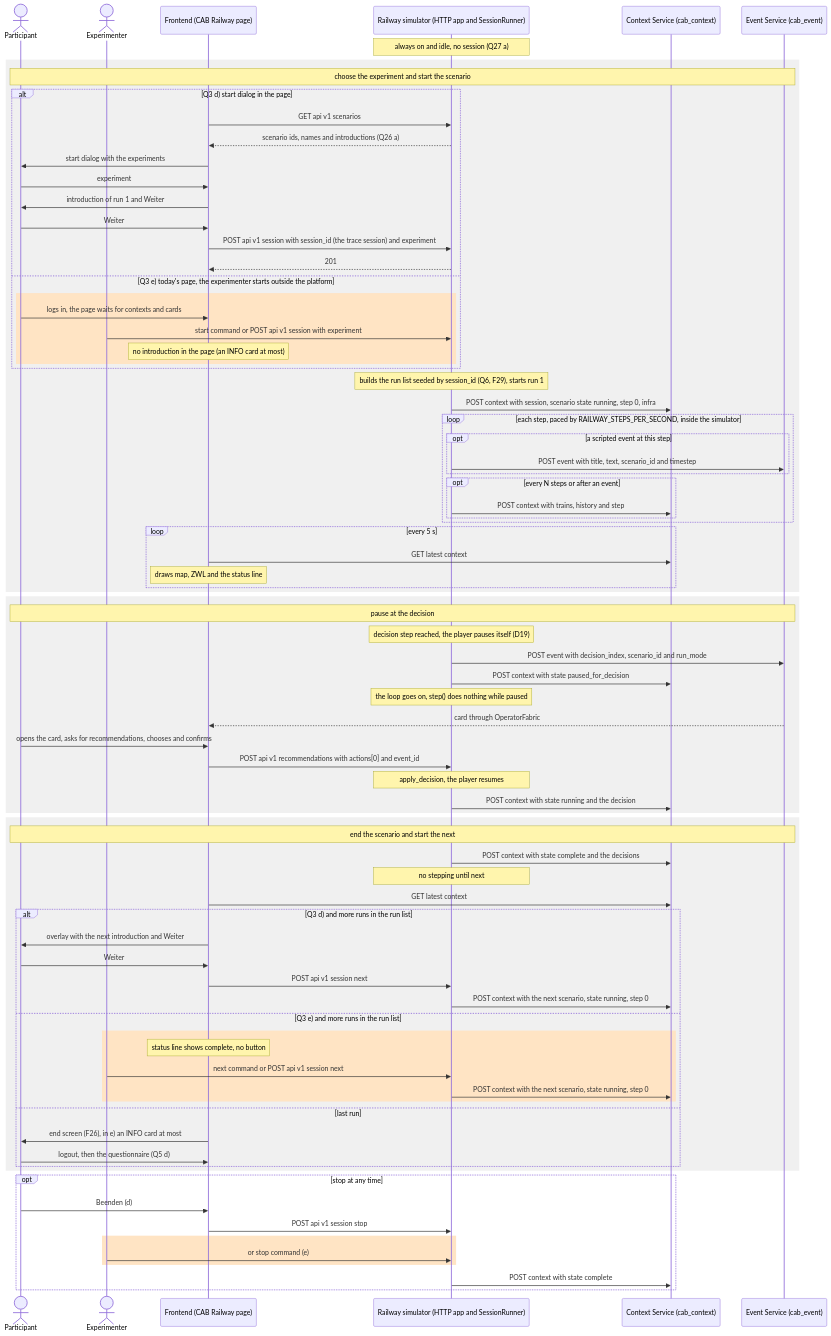
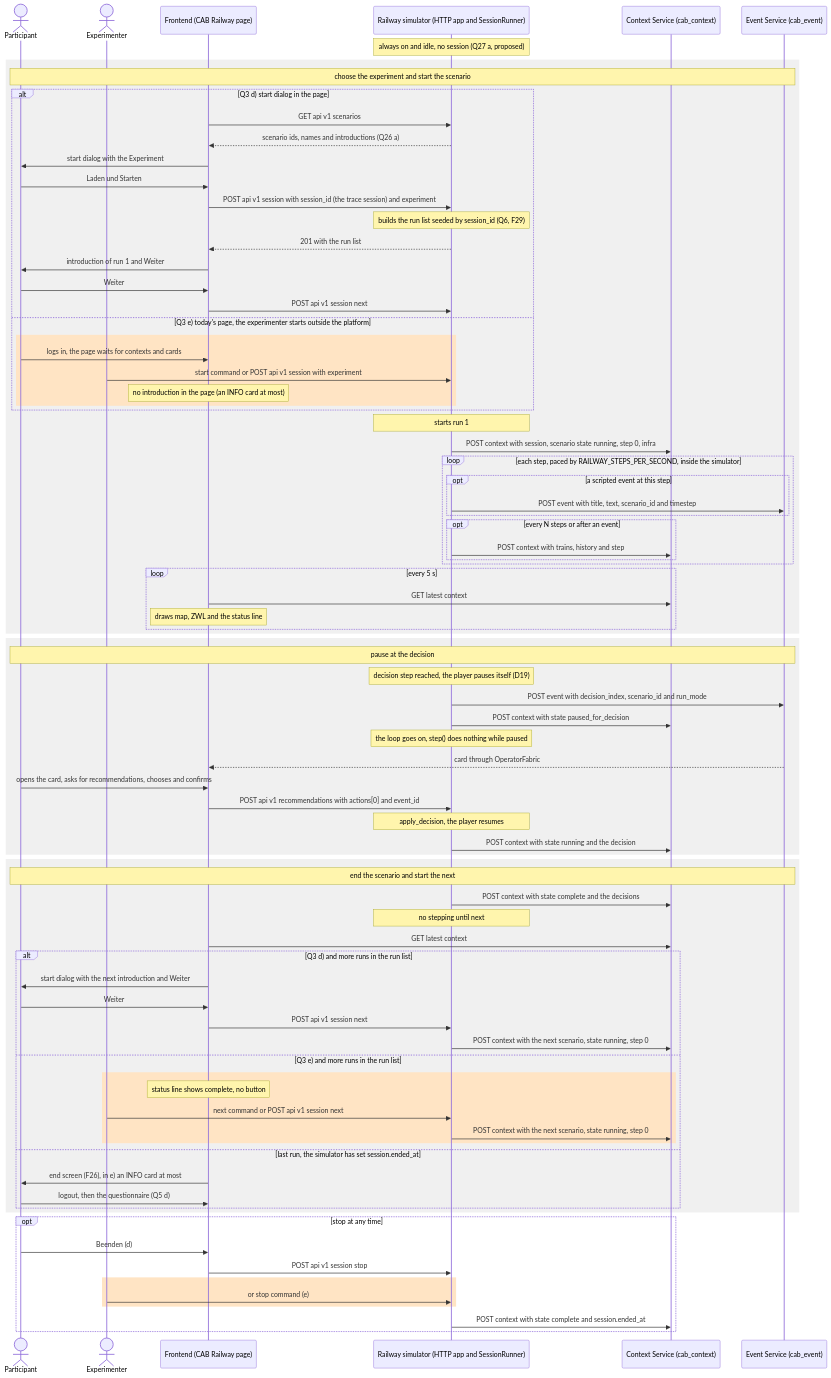
One commit to ainetus/InteractiveAI changed the ninth of 12 diagrams in docs/plans/railway-use-case.md. Above: the diagram before and after it, drawn with Mermaid. The commit also changed other lines of this file and 1 other file, not shown here.

````diff
--- a/docs/plans/railway-use-case.md
+++ b/docs/plans/railway-use-case.md
@@ -1303,18 +1346,20 @@
     participant Sim as Railway simulator (HTTP app and SessionRunner)
     participant Ctx as Context Service (cab_context)
     participant Ev as Event Service (cab_event)
-    Note over Sim: always on and idle, no session (Q27 a)
+    Note over Sim: always on and idle, no session (Q27 a, proposed)
     rect rgb(240, 240, 240)
     Note over P,Ev: choose the experiment and start the scenario
     alt Q3 d) start dialog in the page
         FE->>Sim: GET api v1 scenarios
         Sim-->>FE: scenario ids, names and introductions (Q26 a)
-        FE->>P: start dialog with the experiments
-        P->>FE: experiment
+        FE->>P: start dialog with the Experiment
+        P->>FE: Laden und Starten
+        FE->>Sim: POST api v1 session with session_id (the trace session) and experiment
+        Note over Sim: builds the run list seeded by session_id (Q6, F29)
+        Sim-->>FE: 201 with the run list
         FE->>P: introduction of run 1 and Weiter
         P->>FE: Weiter
-        FE->>Sim: POST api v1 session with session_id (the trace session) and experiment
-        Sim-->>FE: 201
+        FE->>Sim: POST api v1 session next
     else Q3 e) today's page, the experimenter starts outside the platform
         rect rgb(255, 228, 196)
         P->>FE: logs in, the page waits for contexts and cards
@@ -1322,7 +1367,7 @@
         Note over FE: no introduction in the page (an INFO card at most)
         end
     end
-    Note over Sim: builds the run list seeded by session_id (Q6, F29), starts run 1
+    Note over Sim: starts run 1
     Sim->>Ctx: POST context with session, scenario state running, step 0, infra
     loop each step, paced by RAILWAY_STEPS_PER_SECOND, inside the simulator
         opt a scripted event at this step
@@ -1355,7 +1400,7 @@
     Note over Sim: no stepping until next
     FE->>Ctx: GET latest context
     alt Q3 d) and more runs in the run list
-        FE->>P: overlay with the next introduction and Weiter
+        FE->>P: start dialog with the next introduction and Weiter
         P->>FE: Weiter
         FE->>Sim: POST api v1 session next
         Sim->>Ctx: POST context with the next scenario, state running, step 0
@@ -1365,7 +1410,7 @@
         Exp->>Sim: next command or POST api v1 session next
         Sim->>Ctx: POST context with the next scenario, state running, step 0
         end
-    else last run
+    else last run, the simulator has set session.ended_at
         FE->>P: end screen (F26), in e) an INFO card at most
         P->>FE: logout, then the questionnaire (Q5 d)
     end
@@ -1376,6 +1421,6 @@
         rect rgb(255, 228, 196)
         Exp->>Sim: or stop command (e)
         end
-        Sim->>Ctx: POST context with state complete
+        Sim->>Ctx: POST context with state complete and session.ended_at
     end
 ```
````
